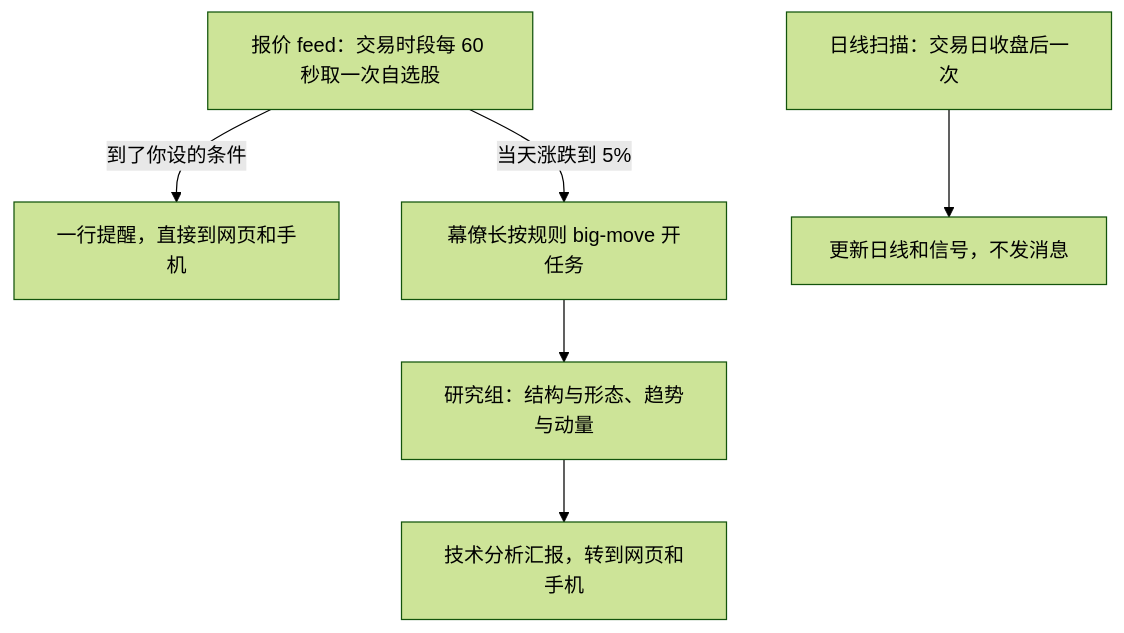
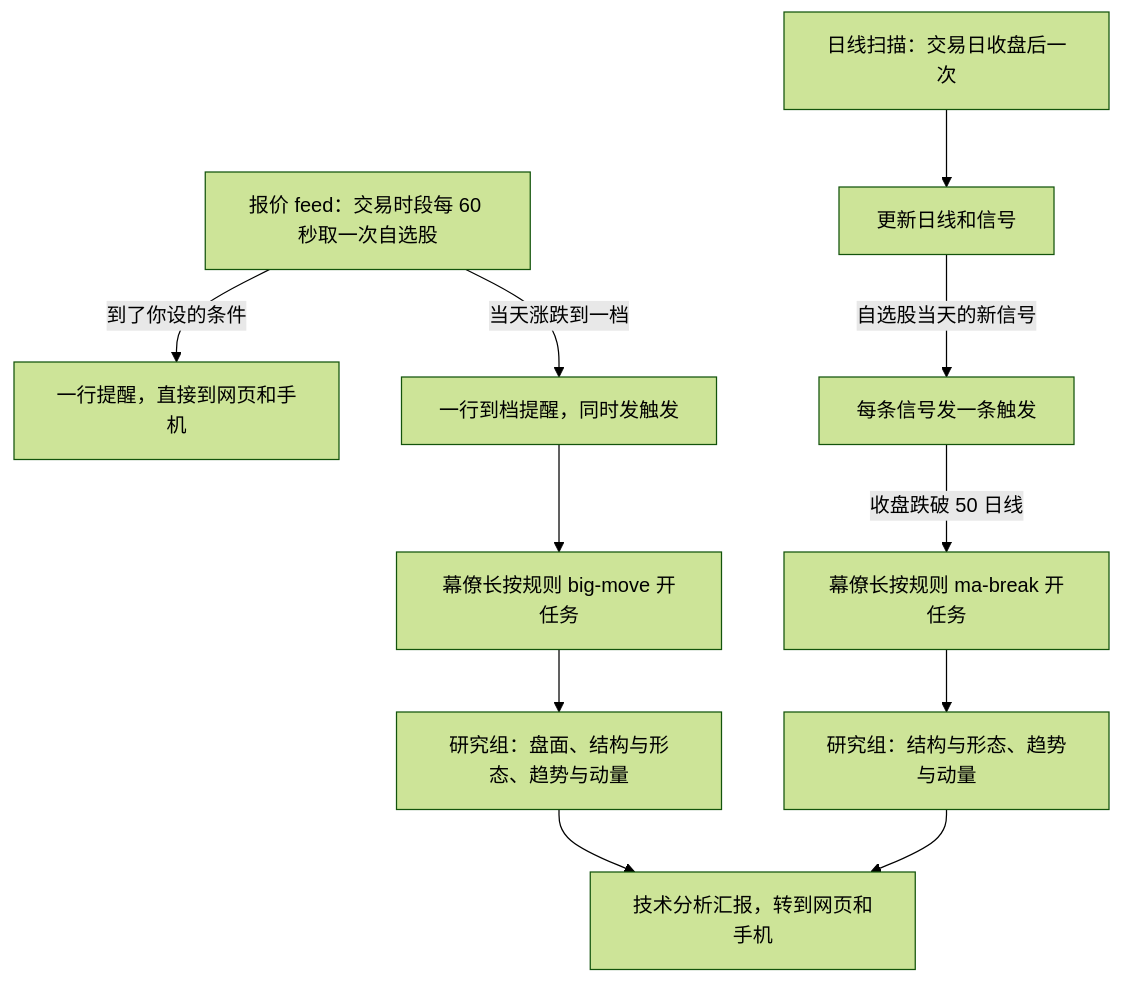
The diagram in docs/modules/stock-ta-cookbook.md (aicoder2048/pi-super-agent), drawn with Mermaid (forest theme) before and after one commit. The commit also changed other lines of this file, not shown here.

Commit message:
docs(stock-ta): bring the cookbook in line with band alerts, ma-break tasks and problem notices

````diff
--- a/docs/modules/stock-ta-cookbook.md
+++ b/docs/modules/stock-ta-cookbook.md
@@ -96,9 +96,14 @@
 ```mermaid
 flowchart TB
   F["报价 feed：交易时段每 60 秒取一次自选股"]
   F -->|到了你设的条件| A["一行提醒，直接到网页和手机"]
-  F -->|当天涨跌到 5%| R["幕僚长按规则 big-move 开任务"]
-  R --> T["研究组：结构与形态、趋势与动量"]
+  F -->|当天涨跌到一档| B["一行到档提醒，同时发触发"]
+  B --> R["幕僚长按规则 big-move 开任务"]
+  R --> T["研究组：盘面、结构与形态、趋势与动量"]
   T --> P["技术分析汇报，转到网页和手机"]
-  S["日线扫描：交易日收盘后一次"] --> D["更新日线和信号，不发消息"]
+  S["日线扫描：交易日收盘后一次"] --> D["更新日线和信号"]
+  D -->|自选股当天的新信号| G["每条信号发一条触发"]
+  G -->|收盘跌破 50 日线| M["幕僚长按规则 ma-break 开任务"]
+  M --> T2["研究组：结构与形态、趋势与动量"]
+  T2 --> P
 ```
````
